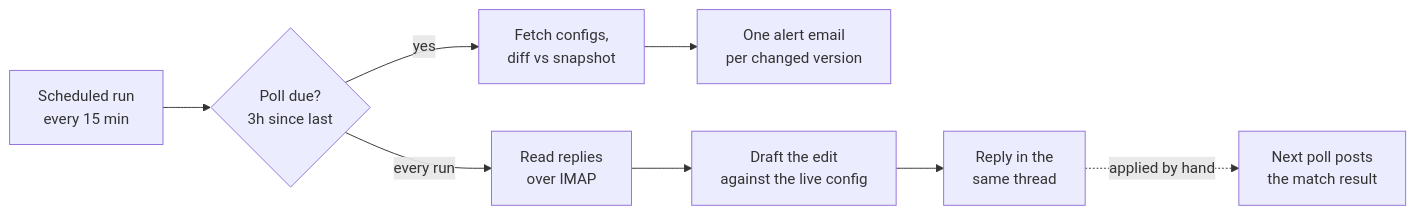
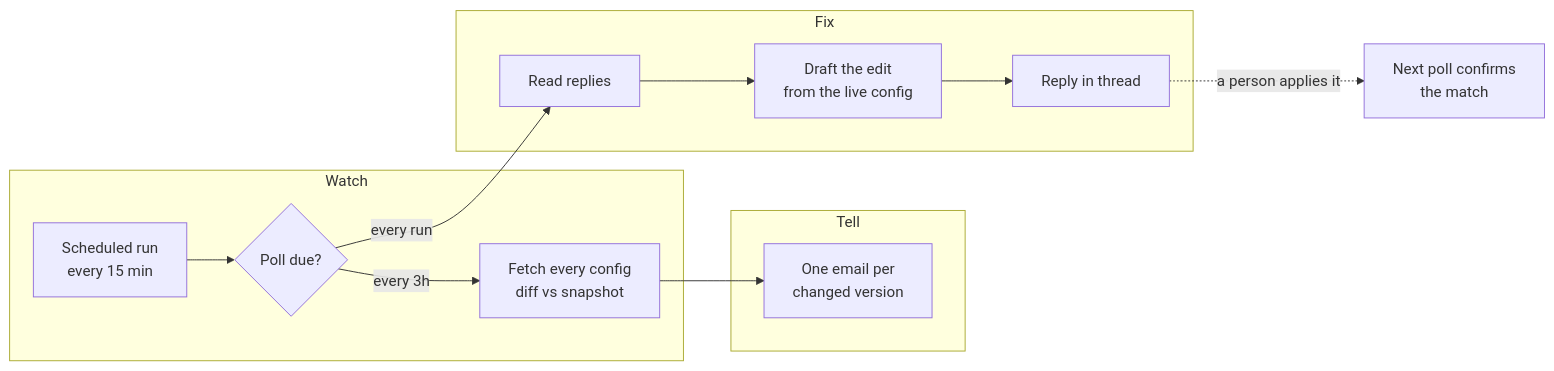
Before and after one commit to Sp1deyGen/vertexAIMonitor: the first of 3 diagrams in README.md, drawn with Mermaid. The commit also changed other lines of this file, not shown here.

````diff
--- a/README.md
+++ b/README.md
@@ -38,10 +54,16 @@
 ```mermaid
 flowchart LR
-    A["Scheduled run<br/>every 15 min"] --> B{"Poll due?<br/>3h since last"}
-    B -- yes --> C["Fetch configs,<br/>diff vs snapshot"]
-    C --> D["One alert email<br/>per changed version"]
-    B -- every run --> E["Read replies<br/>over IMAP"]
-    E --> F["Draft the edit<br/>against the live config"]
-    F --> G["Reply in the<br/>same thread"]
-    G -. "applied by hand" .-> H["Next poll posts<br/>the match result"]
+    subgraph Watch["Watch"]
+        A["Scheduled run<br/>every 15 min"] --> B{"Poll due?"}
+        B -- "every 3h" --> C["Fetch every config<br/>diff vs snapshot"]
+    end
+    subgraph Tell["Tell"]
+        C --> D["One email per<br/>changed version"]
+    end
+    subgraph Fix["Fix"]
+        B -- "every run" --> E["Read replies"]
+        E --> F["Draft the edit<br/>from the live config"]
+        F --> G["Reply in thread"]
+    end
+    G -. "a person applies it" .-> H["Next poll confirms<br/>the match"]
 ```
````
